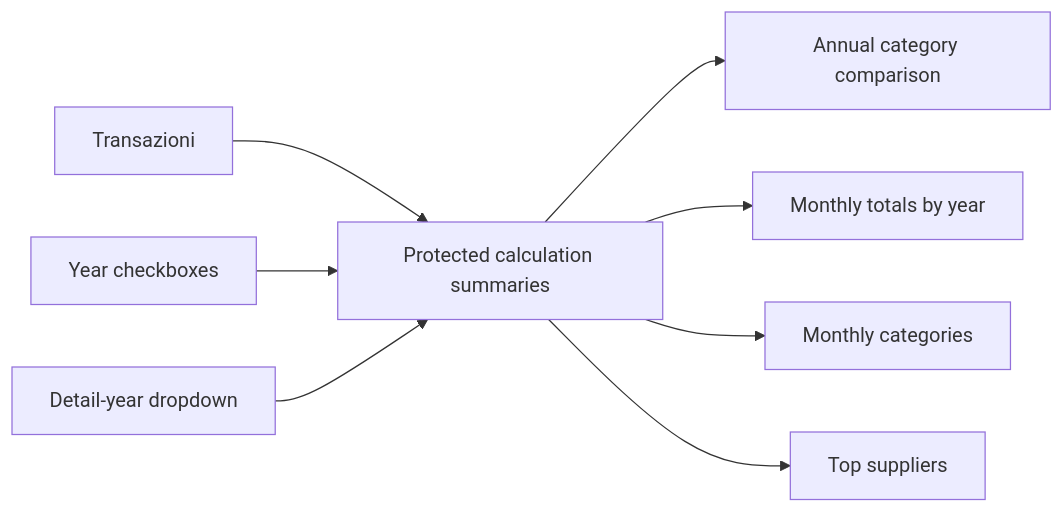
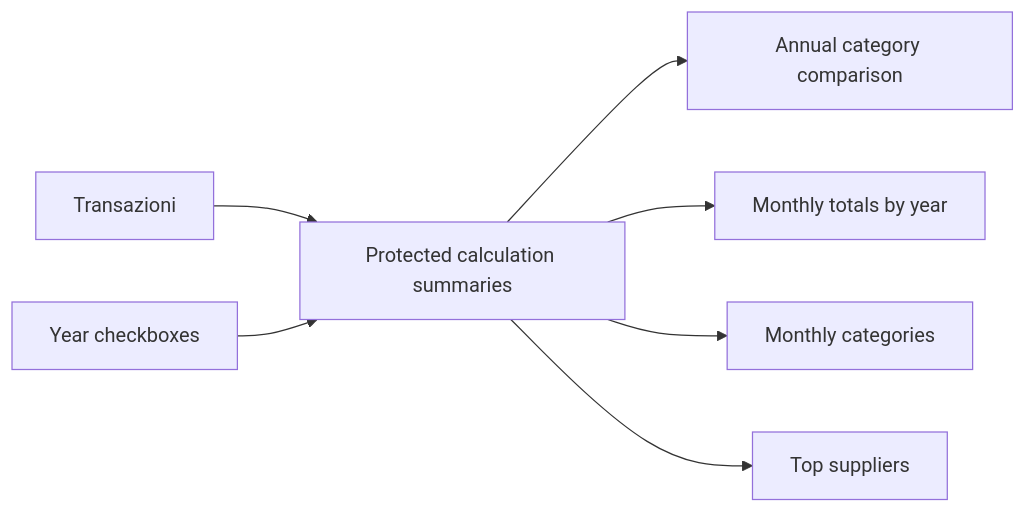
The fourth of 5 diagrams in docs/SPREADSHEET.md (marcomc/Google-Drive-Expenses-Cataloger), drawn with Mermaid before and after one commit. The commit also changed other lines of this file and 6 other files, not shown here.

````diff
--- a/docs/SPREADSHEET.md
+++ b/docs/SPREADSHEET.md
@@ -199,12 +197,11 @@
 ```mermaid
 flowchart LR
   accTitle: Dashboard filtering and reporting
   accDescr: Shows that year controls filter dynamic summaries built from the canonical ledger.
   ledger["Transazioni"] --> queries["Protected calculation summaries"]
   comparison["Year checkboxes"] --> queries
-  detail["Detail-year dropdown"] --> queries
   queries --> annual["Annual category comparison"]
   queries --> monthly["Monthly totals by year"]
   queries --> category["Monthly categories"]
   queries --> suppliers["Top suppliers"]
 ```
````
